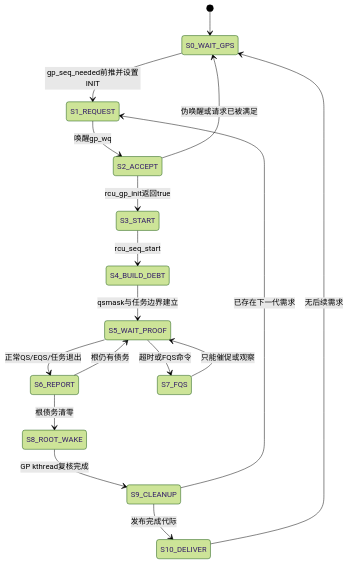
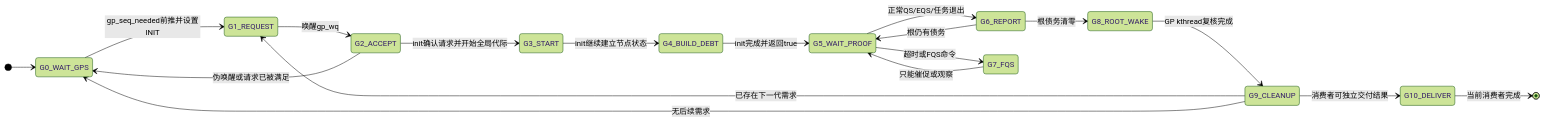
Before and after one commit to FormingSystem/linux_note: the second of 3 diagrams in knowledge/linux/synchronization_and_asynchrony/synchronization/rcu/P08_Tree_RCU_GP请求与全局生命周期.md, drawn with Mermaid (forest theme). The commit also changed other lines of this file and 7 other files, not shown here.

````diff
--- a/knowledge/linux/synchronization_and_asynchrony/synchronization/rcu/P08_Tree_RCU_GP请求与全局生命周期.md
+++ b/knowledge/linux/synchronization_and_asynchrony/synchronization/rcu/P08_Tree_RCU_GP请求与全局生命周期.md
@@ -232,19 +244,21 @@
 ```mermaid
 stateDiagram-v2
-    [*] --> S0_WAIT_GPS
-    S0_WAIT_GPS --> S1_REQUEST: gp_seq_needed前推并设置INIT
-    S1_REQUEST --> S2_ACCEPT: 唤醒gp_wq
-    S2_ACCEPT --> S0_WAIT_GPS: 伪唤醒或请求已被满足
-    S2_ACCEPT --> S3_START: rcu_gp_init返回true
-    S3_START --> S4_BUILD_DEBT: rcu_seq_start
-    S4_BUILD_DEBT --> S5_WAIT_PROOF: qsmask与任务边界建立
-    S5_WAIT_PROOF --> S6_REPORT: 正常QS/EQS/任务退出
-    S5_WAIT_PROOF --> S7_FQS: 超时或FQS命令
-    S7_FQS --> S5_WAIT_PROOF: 只能催促或观察
-    S6_REPORT --> S5_WAIT_PROOF: 根仍有债务
-    S6_REPORT --> S8_ROOT_WAKE: 根债务清零
-    S8_ROOT_WAKE --> S9_CLEANUP: GP kthread复核完成
-    S9_CLEANUP --> S10_DELIVER: 发布完成代际
-    S9_CLEANUP --> S1_REQUEST: 已存在下一代需求
-    S10_DELIVER --> S0_WAIT_GPS: 无后续需求
+    direction LR
+    [*] --> G0_WAIT_GPS
+    G0_WAIT_GPS --> G1_REQUEST: gp_seq_needed前推并设置INIT
+    G1_REQUEST --> G2_ACCEPT: 唤醒gp_wq
+    G2_ACCEPT --> G0_WAIT_GPS: 伪唤醒或请求已被满足
+    G2_ACCEPT --> G3_START: init确认请求并开始全局代际
+    G3_START --> G4_BUILD_DEBT: init继续建立节点状态
+    G4_BUILD_DEBT --> G5_WAIT_PROOF: init完成并返回true
+    G5_WAIT_PROOF --> G6_REPORT: 正常QS/EQS/任务退出
+    G5_WAIT_PROOF --> G7_FQS: 超时或FQS命令
+    G7_FQS --> G5_WAIT_PROOF: 只能催促或观察
+    G6_REPORT --> G5_WAIT_PROOF: 根仍有债务
+    G6_REPORT --> G8_ROOT_WAKE: 根债务清零
+    G8_ROOT_WAKE --> G9_CLEANUP: GP kthread复核完成
+    G9_CLEANUP --> G10_DELIVER: 消费者可独立交付结果
+    G9_CLEANUP --> G1_REQUEST: 已存在下一代需求
+    G9_CLEANUP --> G0_WAIT_GPS: 无后续需求
+    G10_DELIVER --> [*]: 当前消费者完成
 ```
````
